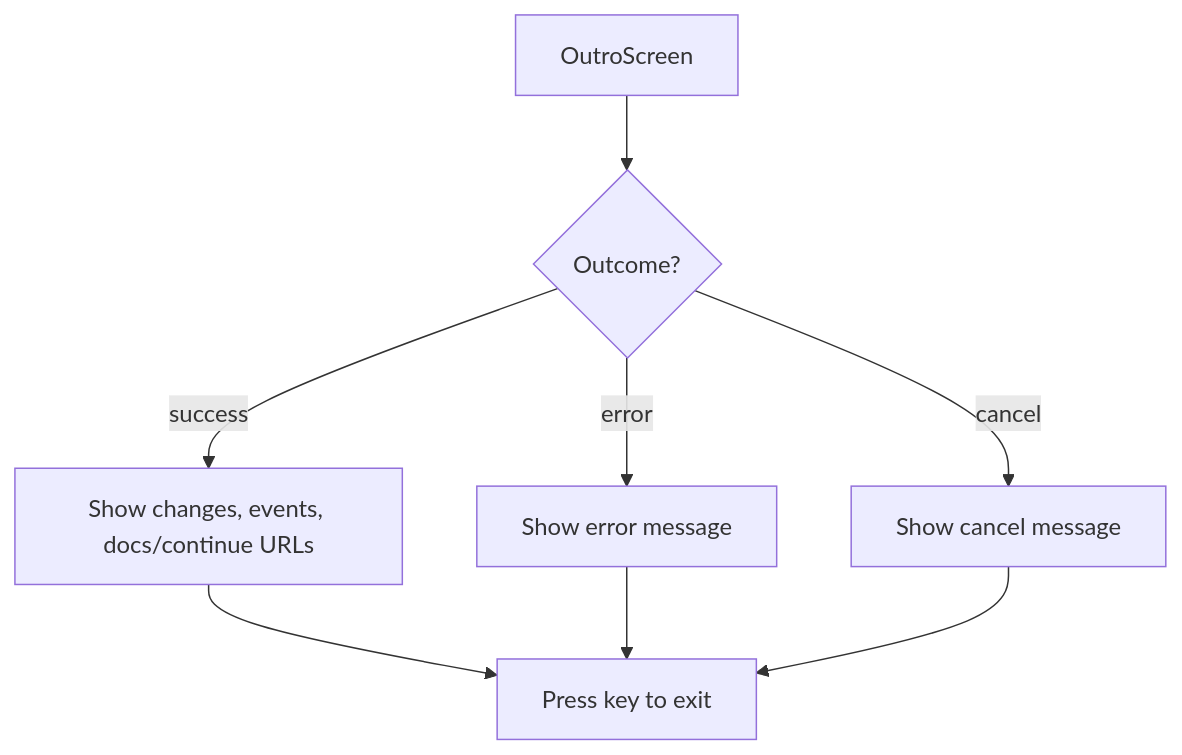
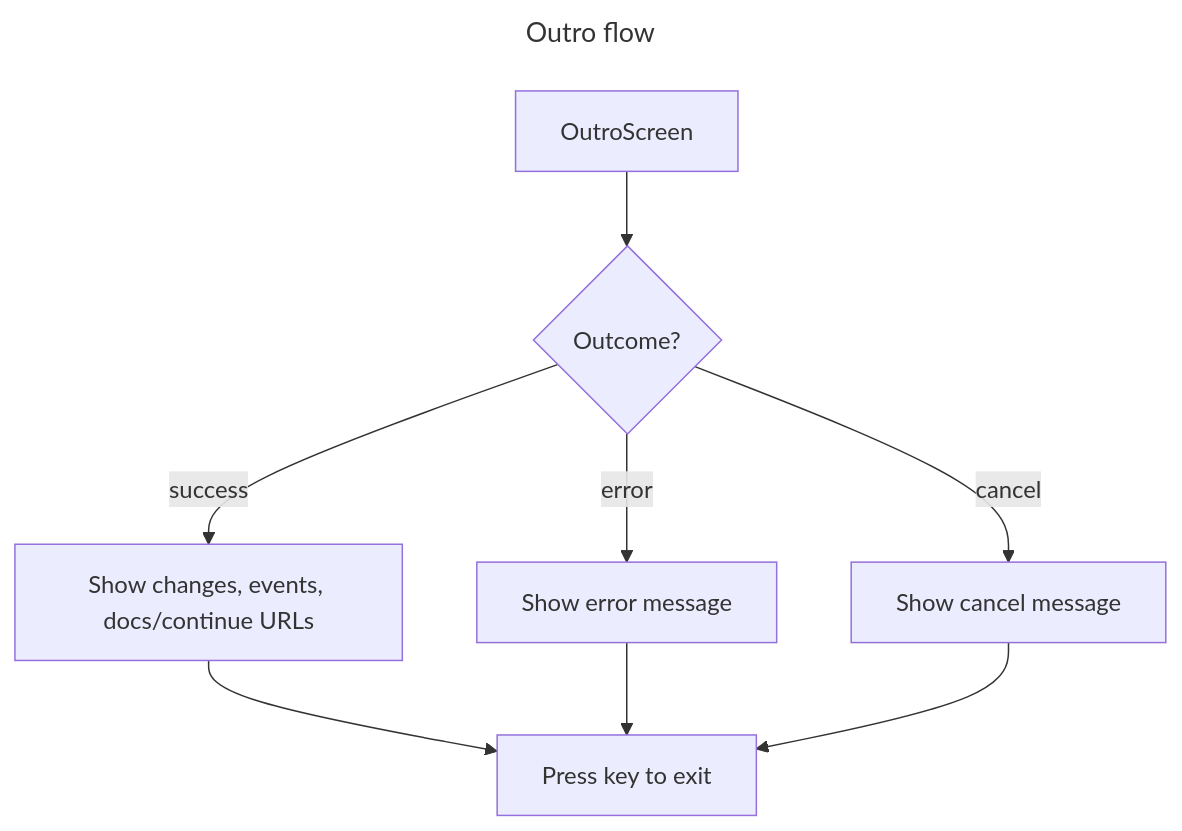
One commit to amplitude/wizard changed the diagram in docs/diagrams/outro-flow.mmd. Above: the diagram before and after it, drawn with Mermaid. The commit also changed 17 other files, not shown here.

First line of the commit message:
Add CLAUDE.md, expand flows, and update docs

```diff
--- a/docs/diagrams/outro-flow.mmd
+++ b/docs/diagrams/outro-flow.mmd
@@ -1,8 +1,11 @@
+---
+title: Outro flow
+---
 flowchart TD
     OUTRO["OutroScreen"] --> OUTCOME{Outcome?}
     OUTCOME -->|success| SUCCESS["Show changes, events, docs/continue URLs"]
     OUTCOME -->|error| ERR["Show error message"]
     OUTCOME -->|cancel| CANCEL["Show cancel message"]
     SUCCESS --> EXIT["Press key to exit"]
     ERR --> EXIT
     CANCEL --> EXIT
```
